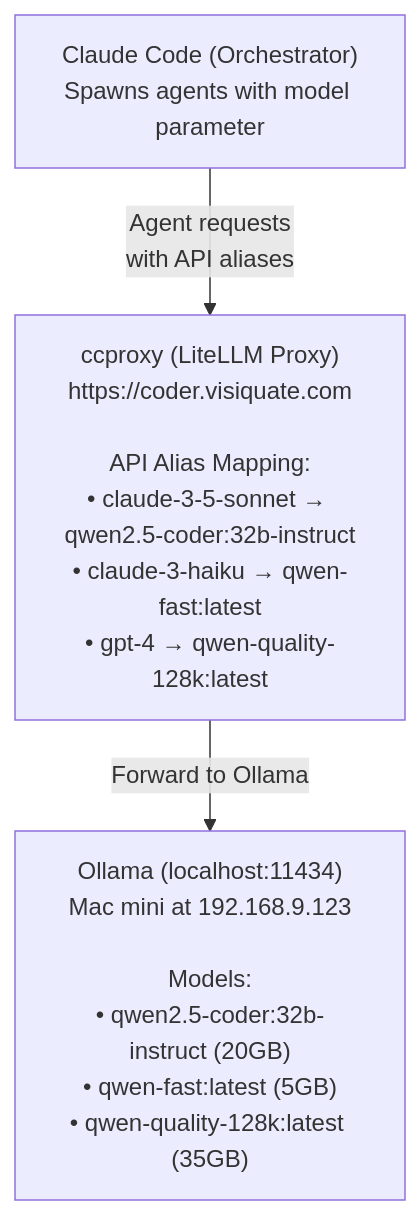
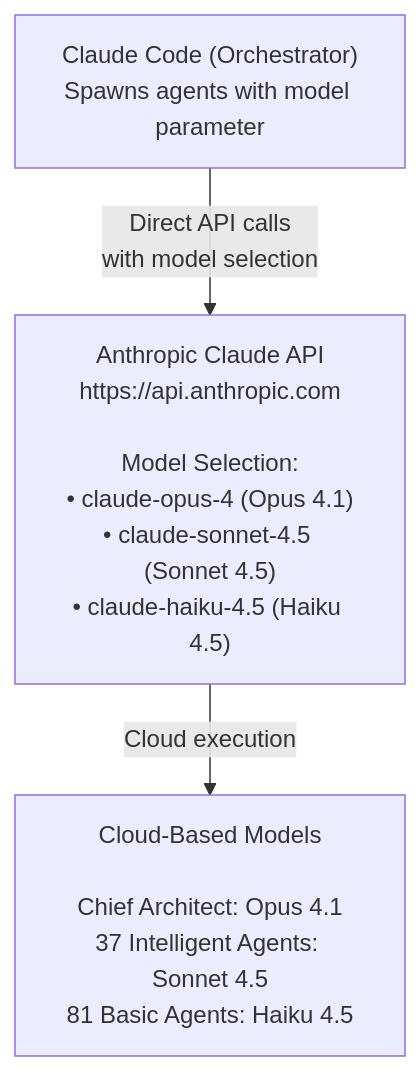
One commit to visiquate/cco changed the third of 4 diagrams in docs/TECHNICAL_OVERVIEW.md. Above: the diagram before and after it, drawn with Mermaid. The commit also changed other lines of this file and 46 other files, not shown here.

````diff
--- a/docs/TECHNICAL_OVERVIEW.md
+++ b/docs/TECHNICAL_OVERVIEW.md
@@ -270,11 +270,11 @@
 ```mermaid
 graph TB
     Orchestrator["Claude Code (Orchestrator)<br/>Spawns agents with model parameter"]
 
-    CCProxy["ccproxy (LiteLLM Proxy)<br/>https://coder.visiquate.com<br/><br/>API Alias Mapping:<br/>• claude-3-5-sonnet → qwen2.5-coder:32b-instruct<br/>• claude-3-haiku → qwen-fast:latest<br/>• gpt-4 → qwen-quality-128k:latest"]
+    AnthropicAPI["Anthropic Claude API<br/>https://api.anthropic.com<br/><br/>Model Selection:<br/>• claude-opus-4 (Opus 4.1)<br/>• claude-sonnet-4.5 (Sonnet 4.5)<br/>• claude-haiku-4.5 (Haiku 4.5)"]
 
-    Ollama["Ollama (localhost:11434)<br/>Mac mini at 192.168.9.123<br/><br/>Models:<br/>• qwen2.5-coder:32b-instruct (20GB)<br/>• qwen-fast:latest (5GB)<br/>• qwen-quality-128k:latest (35GB)"]
+    Models["Cloud-Based Models<br/><br/>Chief Architect: Opus 4.1<br/>37 Intelligent Agents: Sonnet 4.5<br/>81 Basic Agents: Haiku 4.5"]
 
-    Orchestrator -->|"Agent requests<br/>with API aliases"| CCProxy
-    CCProxy -->|"Forward to Ollama"| Ollama
+    Orchestrator -->|"Direct API calls<br/>with model selection"| AnthropicAPI
+    AnthropicAPI -->|"Cloud execution"| Models
 ```
````
